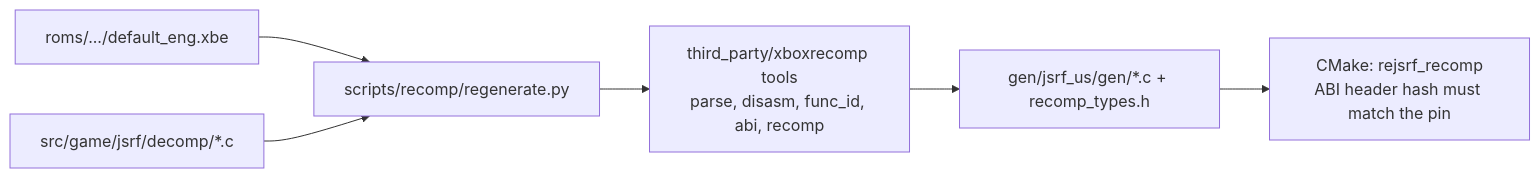
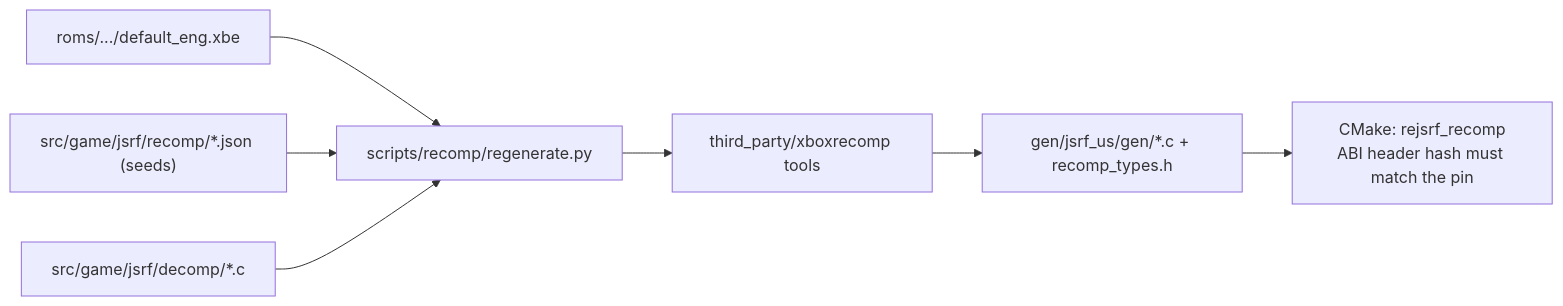
The second of 3 diagrams in ARCHITECTURE.md (nworkers/reJSRF), drawn with Mermaid before and after one commit. The commit also changed other lines of this file and 51 other files, not shown here.

````diff
--- a/ARCHITECTURE.md
+++ b/ARCHITECTURE.md
@@ -52,8 +65,9 @@
 ```mermaid
 flowchart LR
     XBE["roms/.../default_eng.xbe"] --> REGEN["scripts/recomp/regenerate.py"]
+    SEEDS["src/game/jsrf/recomp/*.json (seeds)"] --> REGEN
     DECOMP["src/game/jsrf/decomp/*.c"] --> REGEN
-    REGEN --> TOOLS["third_party/xboxrecomp tools<br/>parse, disasm, func_id, abi, recomp"]
+    REGEN --> TOOLS["third_party/xboxrecomp tools"]
     TOOLS --> GEN["gen/jsrf_us/gen/*.c + recomp_types.h"]
     GEN --> CMAKE["CMake: rejsrf_recomp<br/>ABI header hash must match the pin"]
 ```
````
